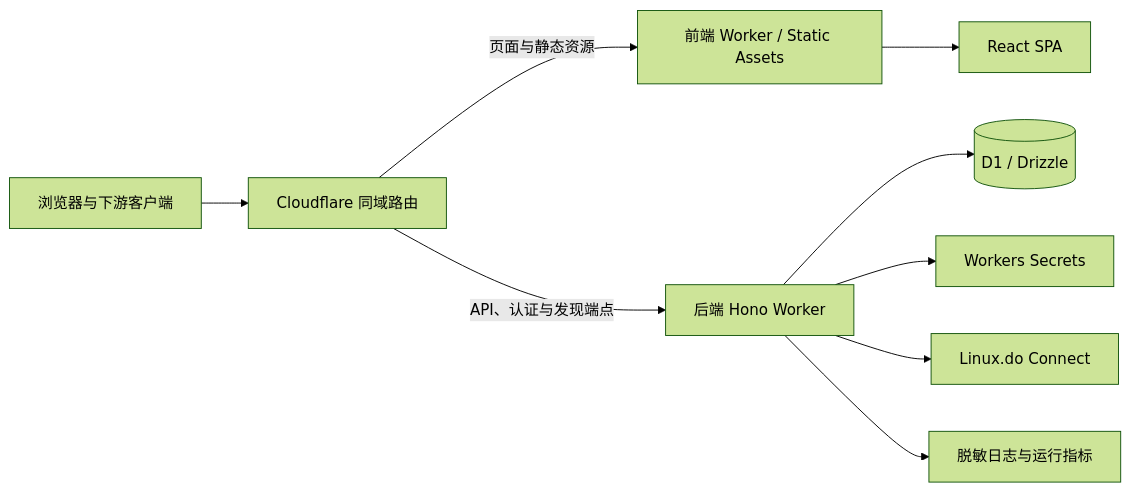
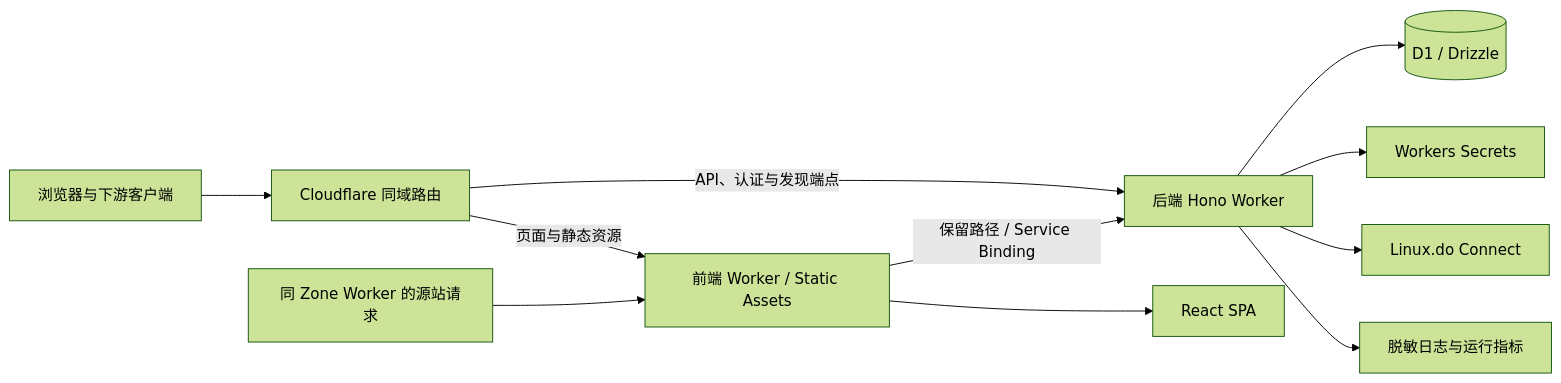
One commit to LeUKi/liteauth changed the first of 3 diagrams in docs/liteauth-product-research.md. Above: the diagram before and after it, drawn with Mermaid (forest theme). The commit also changed other lines of this file and 16 other files, not shown here.

Commit message:
fix(web): forward same-zone API requests through service binding

````diff
--- a/docs/liteauth-product-research.md
+++ b/docs/liteauth-product-research.md
@@ -120,11 +120,13 @@
 ```mermaid
 flowchart LR
     U[浏览器与下游客户端] --> E[Cloudflare 同域路由]
     E -->|页面与静态资源| W[前端 Worker / Static Assets]
     E -->|API、认证与发现端点| A[后端 Hono Worker]
+    Z[同 Zone Worker 的源站请求] --> W
+    W -->|保留路径 / Service Binding| A
     W --> V[React SPA]
     A --> D[(D1 / Drizzle)]
     A --> S[Workers Secrets]
     A --> C[Linux.do Connect]
     A --> O[脱敏日志与运行指标]
 ```
````
